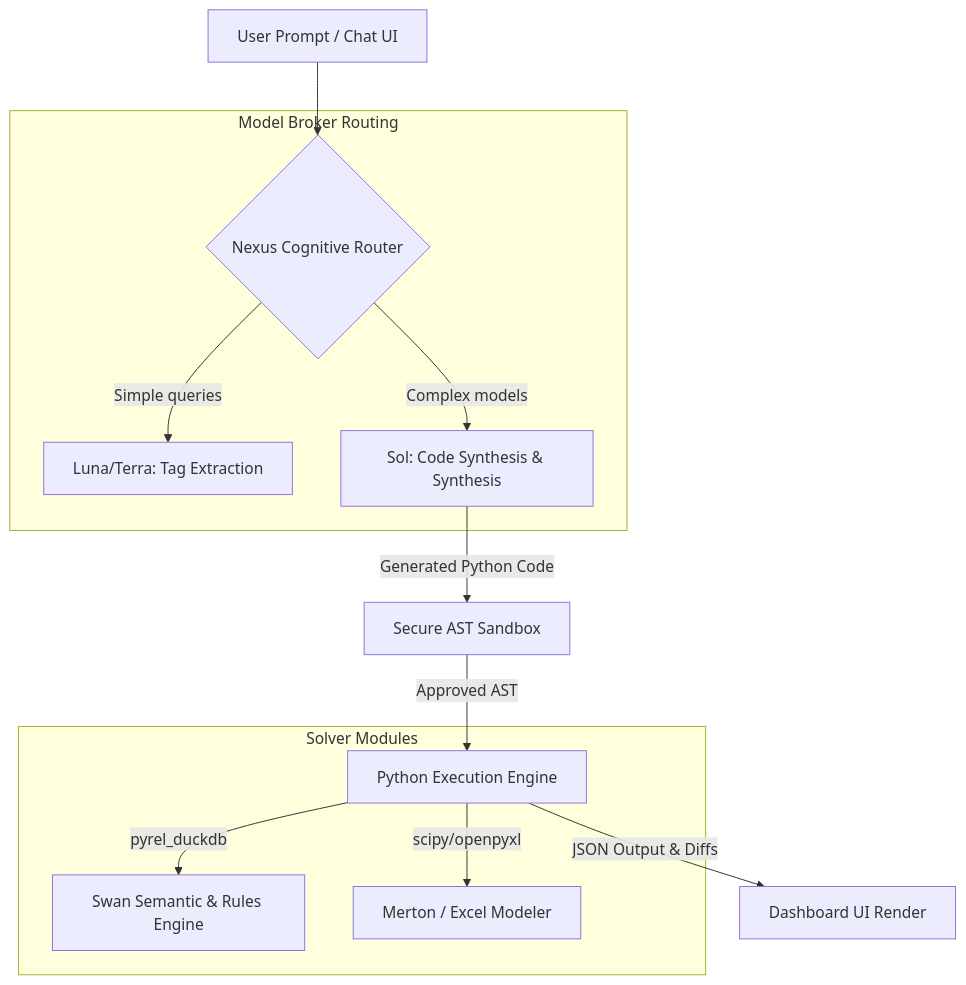
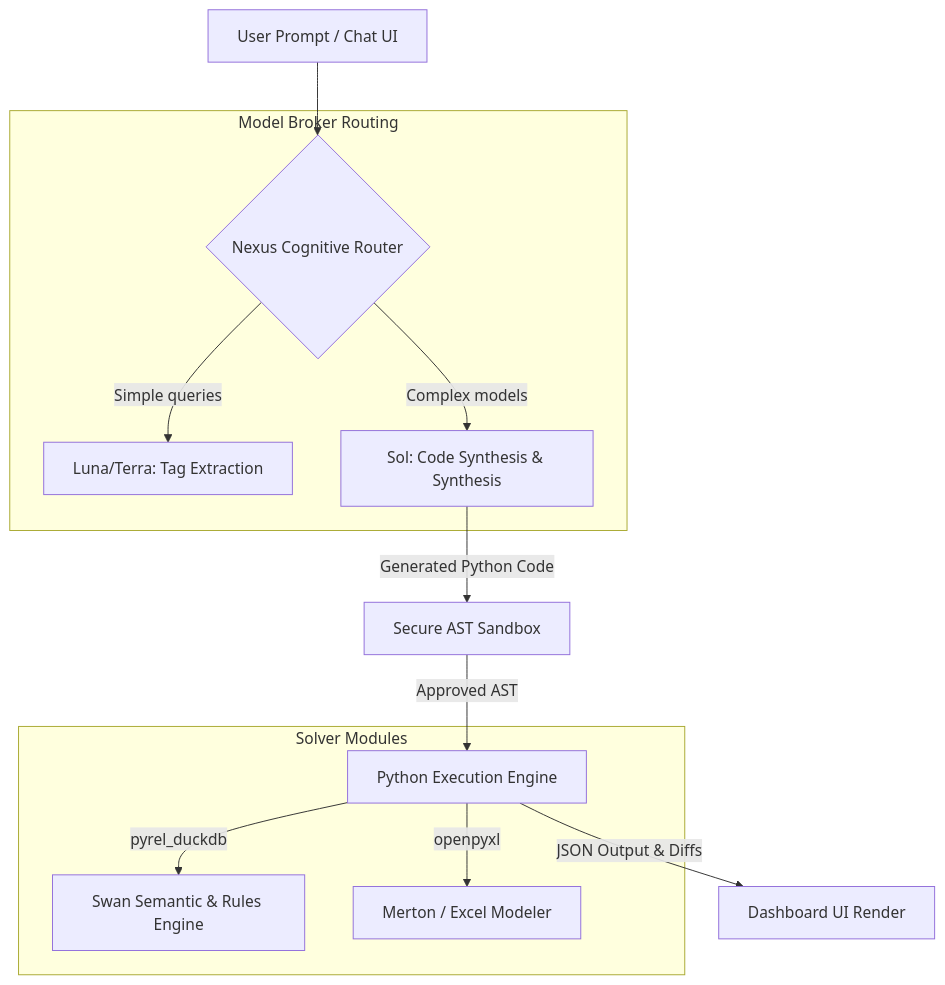
One commit to maxdemarzi/rogue changed the diagram in phase_4_plan.md. Above: the diagram before and after it, drawn with Mermaid. The commit also changed other lines of this file and 2 other files, not shown here.

Commit message:
docs: removed scipy whitelisting to enforce full reliance on Swan prescriptive solver

````diff
--- a/phase_4_plan.md
+++ b/phase_4_plan.md
@@ -11,19 +11,19 @@
 ```mermaid
 graph TD
     User[User Prompt / Chat UI] --> Router{Nexus Cognitive Router}
     
     subgraph Model Broker Routing
         Router -->|Simple queries| Luna[Luna/Terra: Tag Extraction]
         Router -->|Complex models| Sol[Sol: Code Synthesis & Synthesis]
     end
     
     Sol -->|Generated Python Code| Sandbox[Secure AST Sandbox]
     Sandbox -->|Approved AST| Executor[Python Execution Engine]
     
     subgraph Solver Modules
         Executor -->|pyrel_duckdb| Swan[Swan Semantic & Rules Engine]
-        Executor -->|scipy/openpyxl| Solvers[Merton / Excel Modeler]
+        Executor -->|openpyxl| Solvers[Merton / Excel Modeler]
     end
     
     Executor -->|JSON Output & Diffs| Visualizer[Dashboard UI Render]
 ```
````
